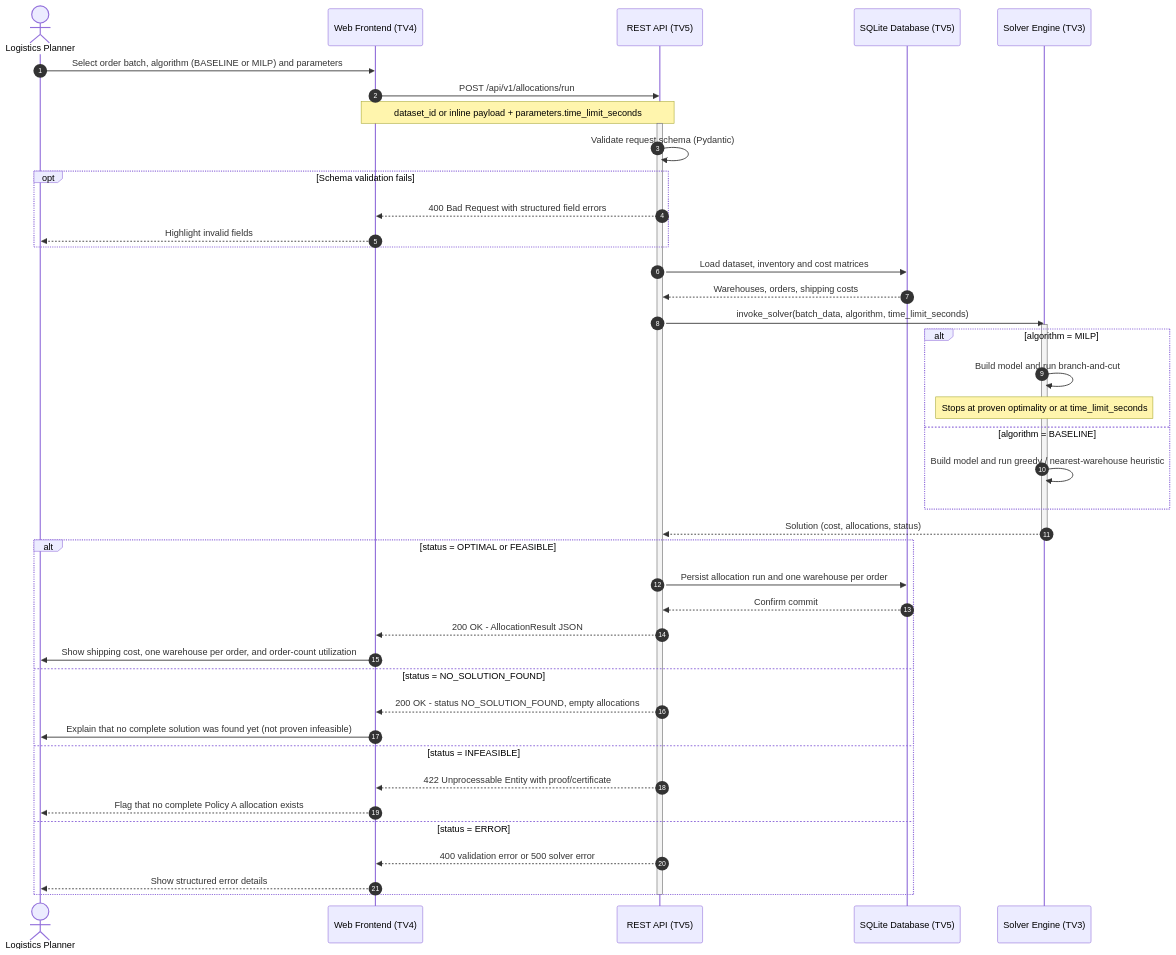
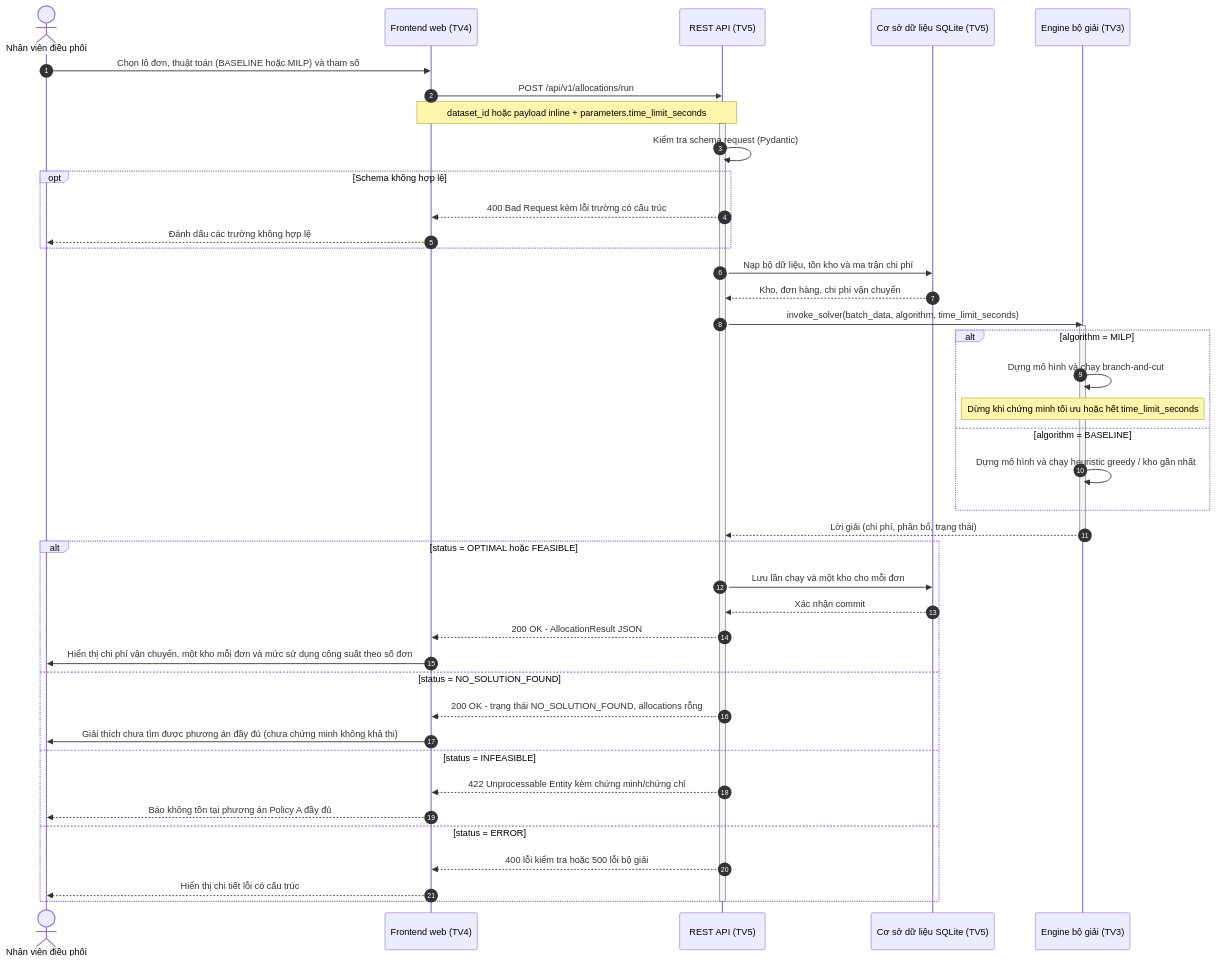
Before and after one commit to NTbankey1/LogiMind: the second of 2 diagrams in docs/architecture.md, drawn with Mermaid. The commit also changed other lines of this file and 23 other files, not shown here.

````diff
--- a/docs/architecture.md
+++ b/docs/architecture.md
@@ -92,52 +88,52 @@
 ```mermaid
 sequenceDiagram
     autonumber
 
-    actor User as Logistics Planner
-    participant FE as Web Frontend (TV4)
+    actor User as Nhân viên điều phối
+    participant FE as Frontend web (TV4)
     participant BE as REST API (TV5)
-    participant DB as SQLite Database (TV5)
-    participant SOLVER as Solver Engine (TV3)
+    participant DB as Cơ sở dữ liệu SQLite (TV5)
+    participant SOLVER as Engine bộ giải (TV3)
 
-    User->>FE: Select order batch, algorithm (BASELINE or MILP) and parameters
+    User->>FE: Chọn lô đơn, thuật toán (BASELINE hoặc MILP) và tham số
     FE->>BE: POST /api/v1/allocations/run
-    Note over FE,BE: dataset_id or inline payload + parameters.time_limit_seconds
+    Note over FE,BE: dataset_id hoặc payload inline + parameters.time_limit_seconds
 
     activate BE
-    BE->>BE: Validate request schema (Pydantic)
-    opt Schema validation fails
-        BE-->>FE: 400 Bad Request with structured field errors
-        FE-->>User: Highlight invalid fields
+    BE->>BE: Kiểm tra schema request (Pydantic)
+    opt Schema không hợp lệ
+        BE-->>FE: 400 Bad Request kèm lỗi trường có cấu trúc
+        FE-->>User: Đánh dấu các trường không hợp lệ
     end
 
-    BE->>DB: Load dataset, inventory and cost matrices
-    DB-->>BE: Warehouses, orders, shipping costs
+    BE->>DB: Nạp bộ dữ liệu, tồn kho và ma trận chi phí
+    DB-->>BE: Kho, đơn hàng, chi phí vận chuyển
 
     BE->>SOLVER: invoke_solver(batch_data, algorithm, time_limit_seconds)
     activate SOLVER
     alt algorithm = MILP
-        SOLVER->>SOLVER: Build model and run branch-and-cut
-        Note over SOLVER: Stops at proven optimality or at time_limit_seconds
+        SOLVER->>SOLVER: Dựng mô hình và chạy branch-and-cut
+        Note over SOLVER: Dừng khi chứng minh tối ưu hoặc hết time_limit_seconds
     else algorithm = BASELINE
-        SOLVER->>SOLVER: Build model and run greedy / nearest-warehouse heuristic
+        SOLVER->>SOLVER: Dựng mô hình và chạy heuristic greedy / kho gần nhất
     end
-    SOLVER-->>BE: Solution (cost, allocations, status)
+    SOLVER-->>BE: Lời giải (chi phí, phân bổ, trạng thái)
     deactivate SOLVER
 
-    alt status = OPTIMAL or FEASIBLE
-        BE->>DB: Persist allocation run and one warehouse per order
-        DB-->>BE: Confirm commit
+    alt status = OPTIMAL hoặc FEASIBLE
+        BE->>DB: Lưu lần chạy và một kho cho mỗi đơn
+        DB-->>BE: Xác nhận commit
         BE-->>FE: 200 OK - AllocationResult JSON
-        FE->>User: Show shipping cost, one warehouse per order, and order-count utilization
+        FE->>User: Hiển thị chi phí vận chuyển, một kho mỗi đơn và mức sử dụng công suất theo số đơn
     else status = NO_SOLUTION_FOUND
-        BE-->>FE: 200 OK - status NO_SOLUTION_FOUND, empty allocations
-        FE->>User: Explain that no complete solution was found yet (not proven infeasible)
+        BE-->>FE: 200 OK - trạng thái NO_SOLUTION_FOUND, allocations rỗng
+        FE->>User: Giải thích chưa tìm được phương án đầy đủ (chưa chứng minh không khả thi)
     else status = INFEASIBLE
-        BE-->>FE: 422 Unprocessable Entity with proof/certificate
-        FE-->>User: Flag that no complete Policy A allocation exists
+        BE-->>FE: 422 Unprocessable Entity kèm chứng minh/chứng chỉ
+        FE-->>User: Báo không tồn tại phương án Policy A đầy đủ
     else status = ERROR
-        BE-->>FE: 400 validation error or 500 solver error
-        FE-->>User: Show structured error details
+        BE-->>FE: 400 lỗi kiểm tra hoặc 500 lỗi bộ giải
+        FE-->>User: Hiển thị chi tiết lỗi có cấu trúc
     end
     deactivate BE
 ```
````
